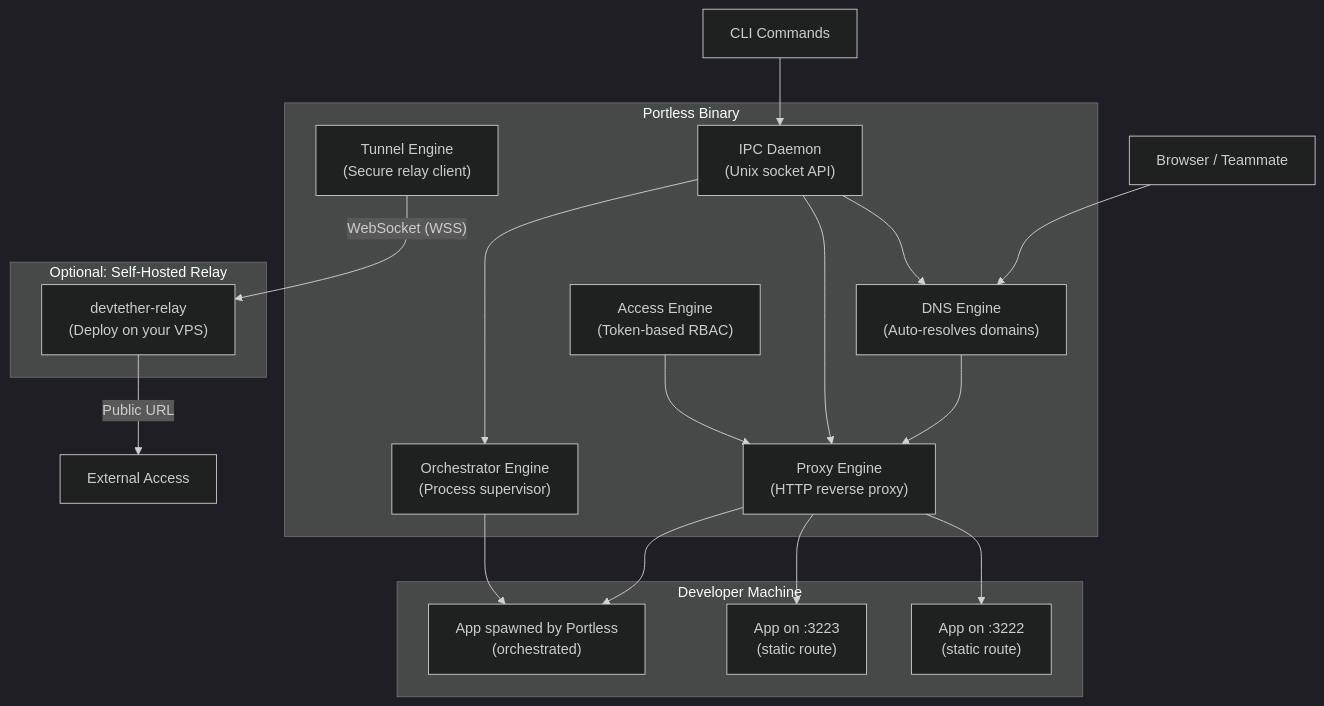
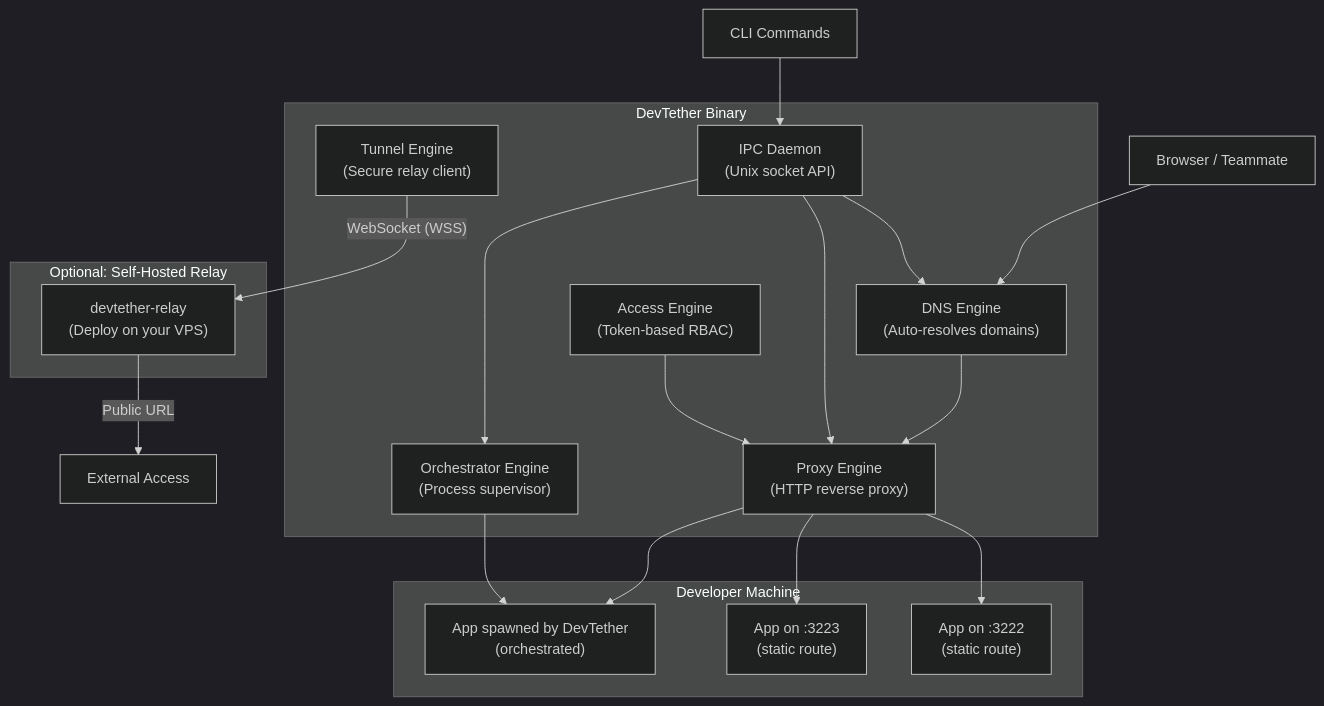
Before and after one commit to ivin-titus/devtether: the diagram in docs/architecture.md, drawn with Mermaid (dark theme). The commit also changed other lines of this file and 36 other files, not shown here.

````diff
--- a/docs/architecture.md
+++ b/docs/architecture.md
@@ -13,35 +13,35 @@
 ```mermaid
 graph TB
-    subgraph "Portless Binary"
+    subgraph "DevTether Binary"
         DNS["DNS Engine<br/>(Auto-resolves domains)"]
         PROXY["Proxy Engine<br/>(HTTP reverse proxy)"]
         ORCH["Orchestrator Engine<br/>(Process supervisor)"]
         TUNNEL["Tunnel Engine<br/>(Secure relay client)"]
         ACCESS["Access Engine<br/>(Token-based RBAC)"]
         IPC["IPC Daemon<br/>(Unix socket API)"]
     end
 
     subgraph "Optional: Self-Hosted Relay"
         RELAY["devtether-relay<br/>(Deploy on your VPS)"]
     end
 
     subgraph "Developer Machine"
         APP1["App on :3222<br/>(static route)"]
         APP2["App on :3223<br/>(static route)"]
-        APP3["App spawned by Portless<br/>(orchestrated)"]
+        APP3["App spawned by DevTether<br/>(orchestrated)"]
     end
 
     Browser["Browser / Teammate"] --> DNS
     DNS --> PROXY
     ACCESS --> PROXY
     PROXY --> APP1
     PROXY --> APP2
     ORCH --> APP3
     PROXY --> APP3
     TUNNEL -->|"WebSocket (WSS)"| RELAY
     RELAY -->|"Public URL"| Internet["External Access"]
     CLI["CLI Commands"] --> IPC
     IPC --> DNS
     IPC --> PROXY
     IPC --> ORCH
 ```
````
